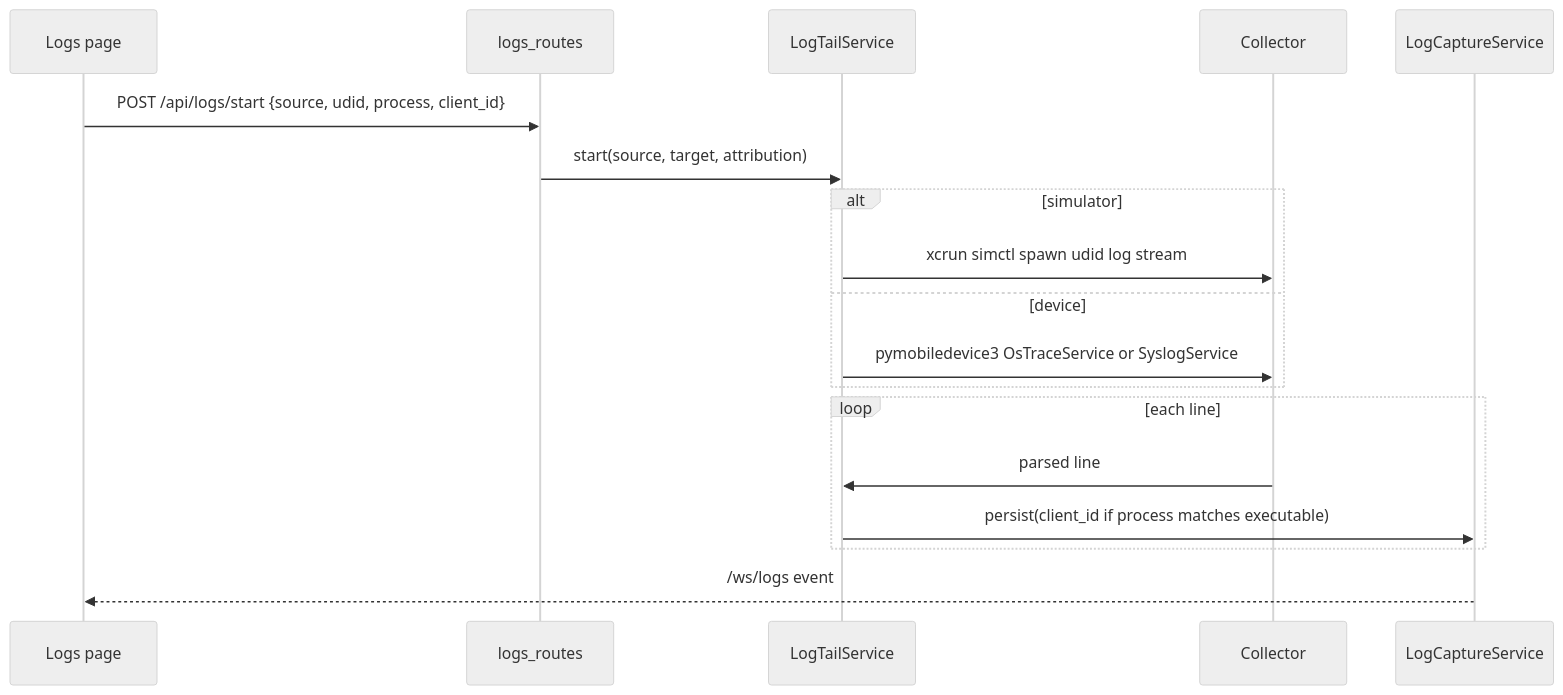
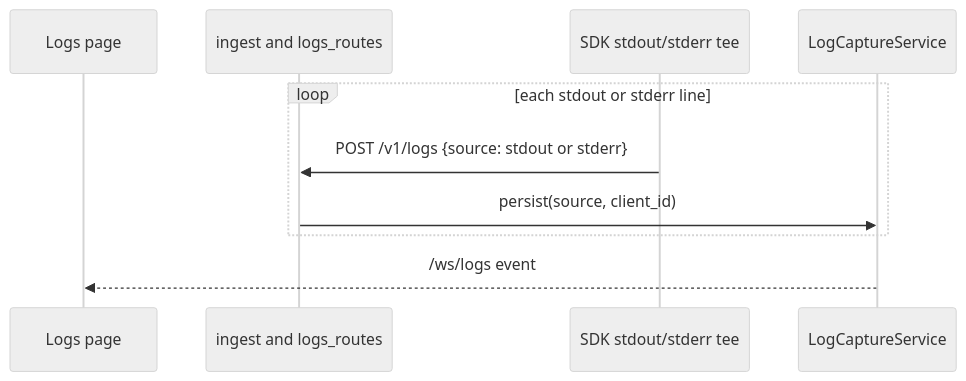
Before and after one commit to rakesh-vl/viewlift-ai: the third of 4 diagrams in docs/data-flows.md, drawn with Mermaid (neutral theme). The commit also changed other lines of this file and 234 other files, not shown here.

````diff
--- a/docs/data-flows.md
+++ b/docs/data-flows.md
@@ -85,21 +85,13 @@
 ```mermaid
 sequenceDiagram
     participant UI as Logs page
-    participant Api as logs_routes
-    participant Tail as LogTailService
-    participant Col as Collector
+    participant Api as ingest and logs_routes
+    participant Sdk as SDK stdout/stderr tee
     participant LogCap as LogCaptureService
 
-    UI->>Api: POST /api/logs/start {source, udid, process, client_id}
-    Api->>Tail: start(source, target, attribution)
-    alt simulator
-        Tail->>Col: xcrun simctl spawn udid log stream
-    else device
-        Tail->>Col: pymobiledevice3 OsTraceService or SyslogService
-    end
-    loop each line
-        Col->>Tail: parsed line
-        Tail->>LogCap: persist(client_id if process matches executable)
+    loop each stdout or stderr line
+        Sdk->>Api: POST /v1/logs {source: stdout or stderr}
+        Api->>LogCap: persist(source, client_id)
     end
     LogCap-->>UI: /ws/logs event
 ```
````
